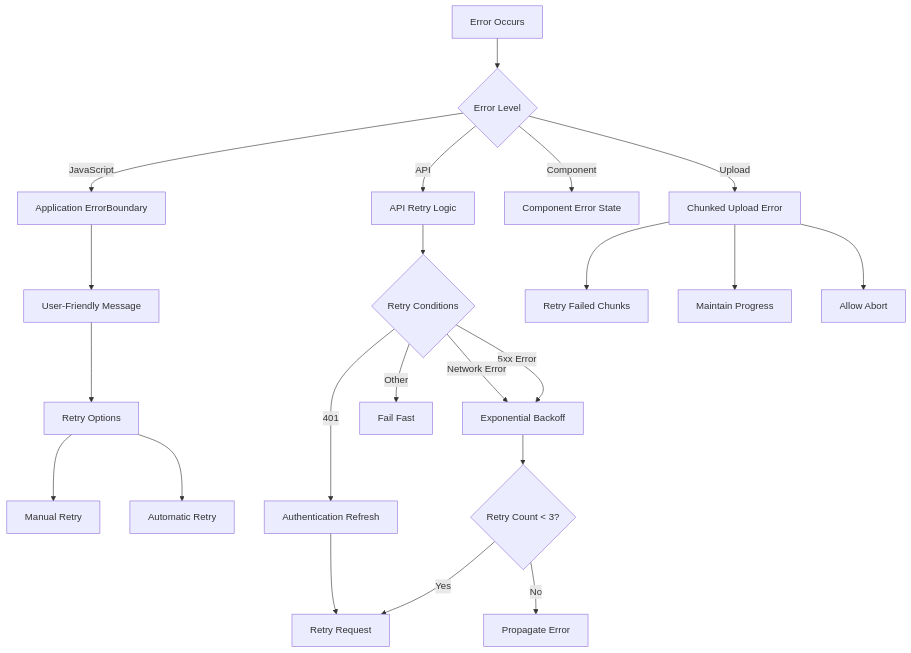
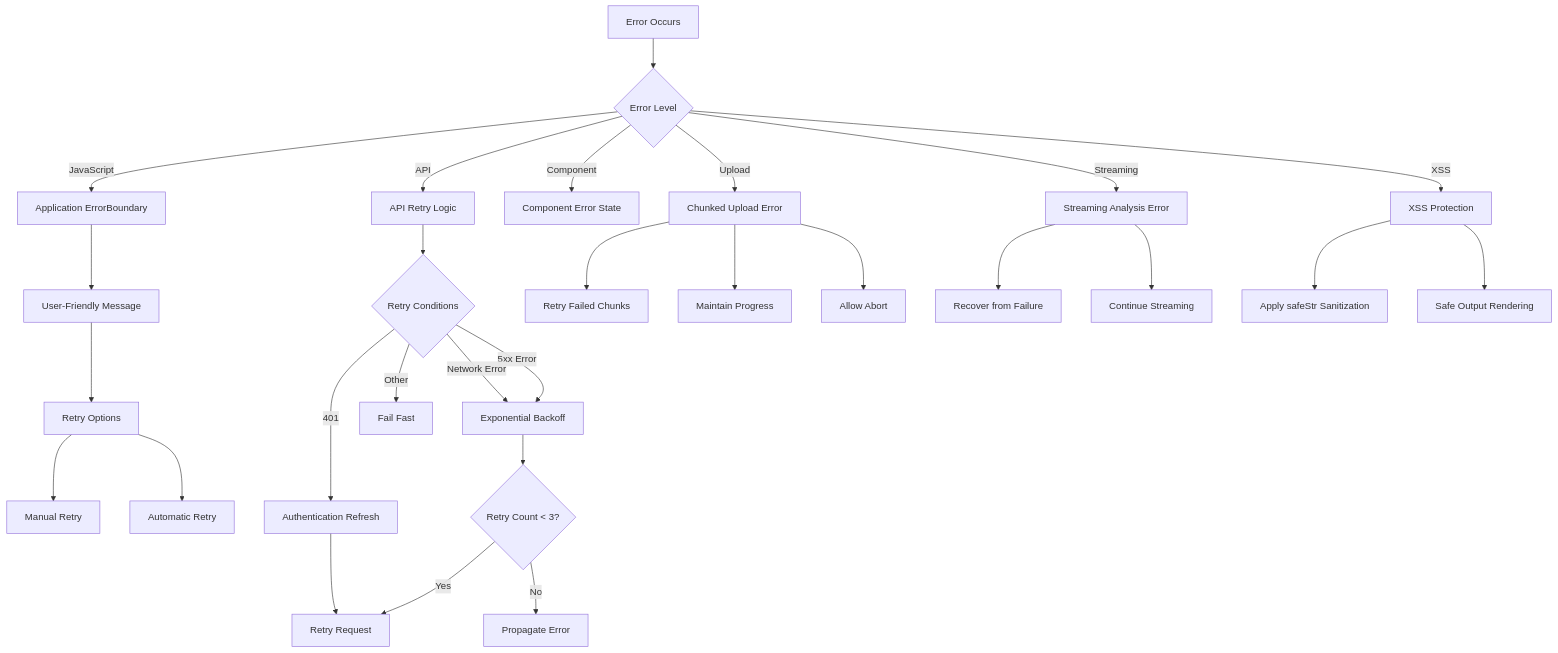
Before and after one commit to Revanththetalogics/aireume: diagram 24 of 24 in .qoder/repowiki/en/content/Frontend Architecture/Frontend Architecture.md, drawn with Mermaid. The commit also changed other lines of this file and 61 other files, not shown here.

````diff
--- a/.qoder/repowiki/en/content/Frontend Architecture/Frontend Architecture.md
+++ b/.qoder/repowiki/en/content/Frontend Architecture/Frontend Architecture.md
@@ -863,24 +1139,30 @@
 ```mermaid
 flowchart TD
 Error["Error Occurs"] --> Level{"Error Level"}
 Level --> |JavaScript| AppBoundary["Application ErrorBoundary"]
 Level --> |API| ApiRetry["API Retry Logic"]
 Level --> |Component| ComponentError["Component Error State"]
 Level --> |Upload| UploadError["Chunked Upload Error"]
+Level --> |Streaming| StreamError["Streaming Analysis Error"]
+Level --> |XSS| XSSProtection["XSS Protection"]
 AppBoundary --> UserMsg["User-Friendly Message"]
 UserMsg --> Retry["Retry Options"]
 Retry --> Manual["Manual Retry"]
 Retry --> Auto["Automatic Retry"]
 ApiRetry --> Check{"Retry Conditions"}
 Check --> |5xx Error| Backoff["Exponential Backoff"]
 Check --> |Network Error| Backoff
 Check --> |401| AuthRefresh["Authentication Refresh"]
 Check --> |Other| FailFast["Fail Fast"]
 Backoff --> Limit{"Retry Count < 3?"}
 Limit --> |Yes| RetryRequest["Retry Request"]
 Limit --> |No| Fail["Propagate Error"]
 AuthRefresh --> RetryRequest
 UploadError --> ChunkRetry["Retry Failed Chunks"]
 UploadError --> Progress["Maintain Progress"]
 UploadError --> Abort["Allow Abort"]
+StreamError --> Recover["Recover from Failure"]
+StreamError --> Continue["Continue Streaming"]
+XSSProtection --> Sanitize["Apply safeStr Sanitization"]
+XSSProtection --> SafeOutput["Safe Output Rendering"]
 ```
````
